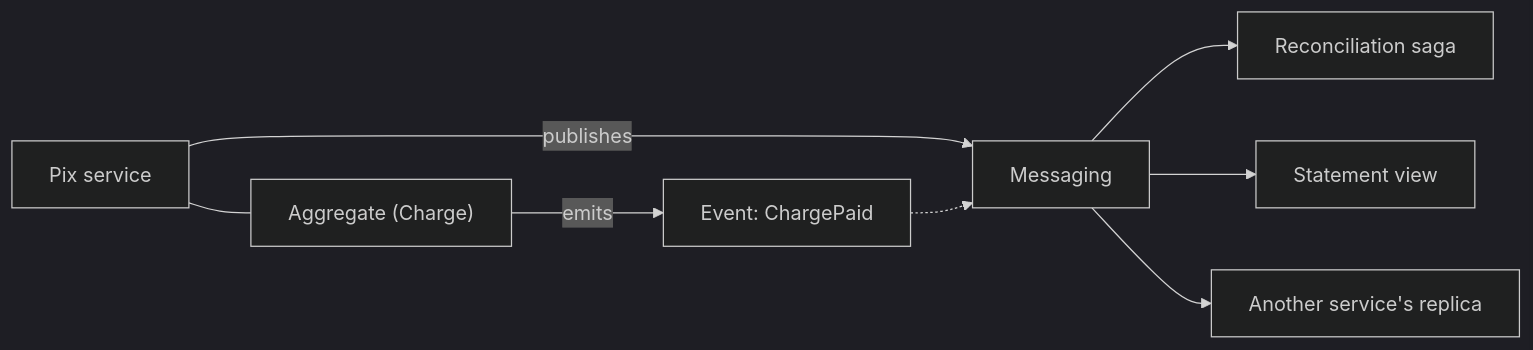
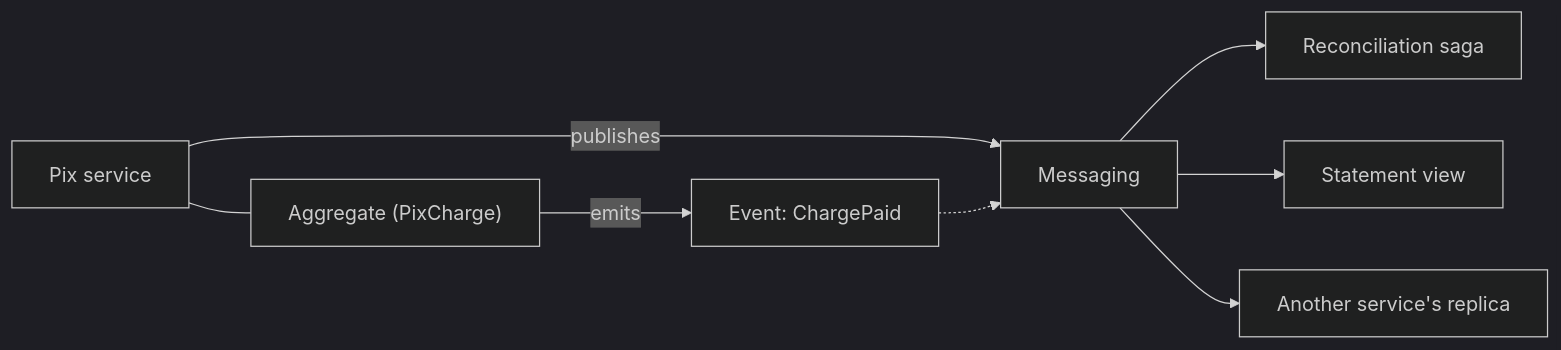
The diagram in i18n/en/docusaurus-plugin-content-docs/current/architecture/microservices/service-collaboration/domain-event.md (alancesar/design-patterns), drawn with Mermaid (dark theme) before and after one commit. The commit also changed 28 other files, not shown here.

Commit message:
Fix diagram review findings in microservices, eip, cloud and agent patterns

````diff
--- a/i18n/en/docusaurus-plugin-content-docs/current/architecture/microservices/service-collaboration/domain-event.md
+++ b/i18n/en/docusaurus-plugin-content-docs/current/architecture/microservices/service-collaboration/domain-event.md
@@ -59,10 +59,10 @@
 ```mermaid
 flowchart LR
-    A["Aggregate (Charge)"] -->|"emits"| E["Event: ChargePaid"]
+    A["Aggregate (PixCharge)"] -->|"emits"| E["Event: ChargePaid"]
     S["Pix service"] --- A
     S -->|"publishes"| B["Messaging"]
     E -.-> B
     B --> C1["Reconciliation saga"]
     B --> C2["Statement view"]
     B --> C3["Another service's replica"]
 ```
````
